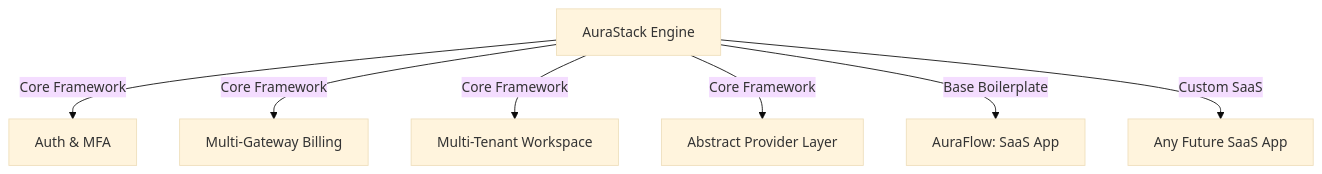
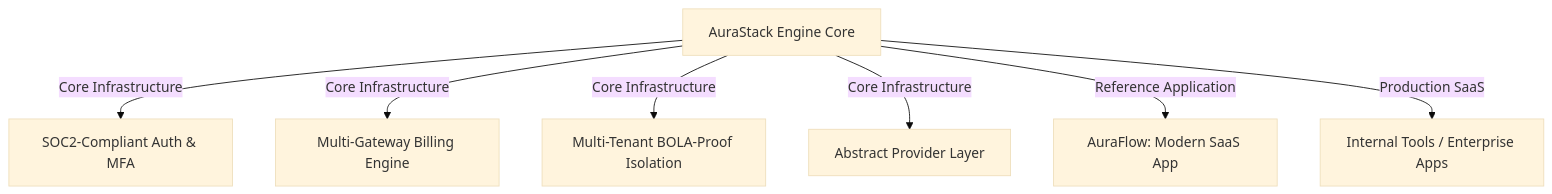
Before and after one commit to mostafa891/auraStack: the diagram in docs/cto_critique_analysis.md, drawn with Mermaid (base theme). The commit also changed other lines of this file and 10527 other files, not shown here.

````diff
--- a/docs/cto_critique_analysis.md
+++ b/docs/cto_critique_analysis.md
@@ -9,10 +9,10 @@
 ```mermaid
 graph TD
-    AuraStack[AuraStack Engine] -->|Core Framework| Auth[Auth & MFA]
-    AuraStack -->|Core Framework| Billing[Multi-Gateway Billing]
-    AuraStack -->|Core Framework| Tenant[Multi-Tenant Workspace]
-    AuraStack -->|Core Framework| Providers[Abstract Provider Layer]
+    AuraStack[AuraStack Engine Core] -->|Core Infrastructure| Auth[SOC2-Compliant Auth & MFA]
+    AuraStack -->|Core Infrastructure| Billing[Multi-Gateway Billing Engine]
+    AuraStack -->|Core Infrastructure| Tenant[Multi-Tenant BOLA-Proof Isolation]
+    AuraStack -->|Core Infrastructure| Providers[Abstract Provider Layer]
     
-    AuraStack -->|Base Boilerplate| AuraFlow[AuraFlow: SaaS App]
-    AuraStack -->|Custom SaaS| FutureSaaS[Any Future SaaS App]
+    AuraStack -->|Reference Application| AuraFlow[AuraFlow: Modern SaaS App]
+    AuraStack -->|Production SaaS| FutureSaaS[Internal Tools / Enterprise Apps]
 ```
````
